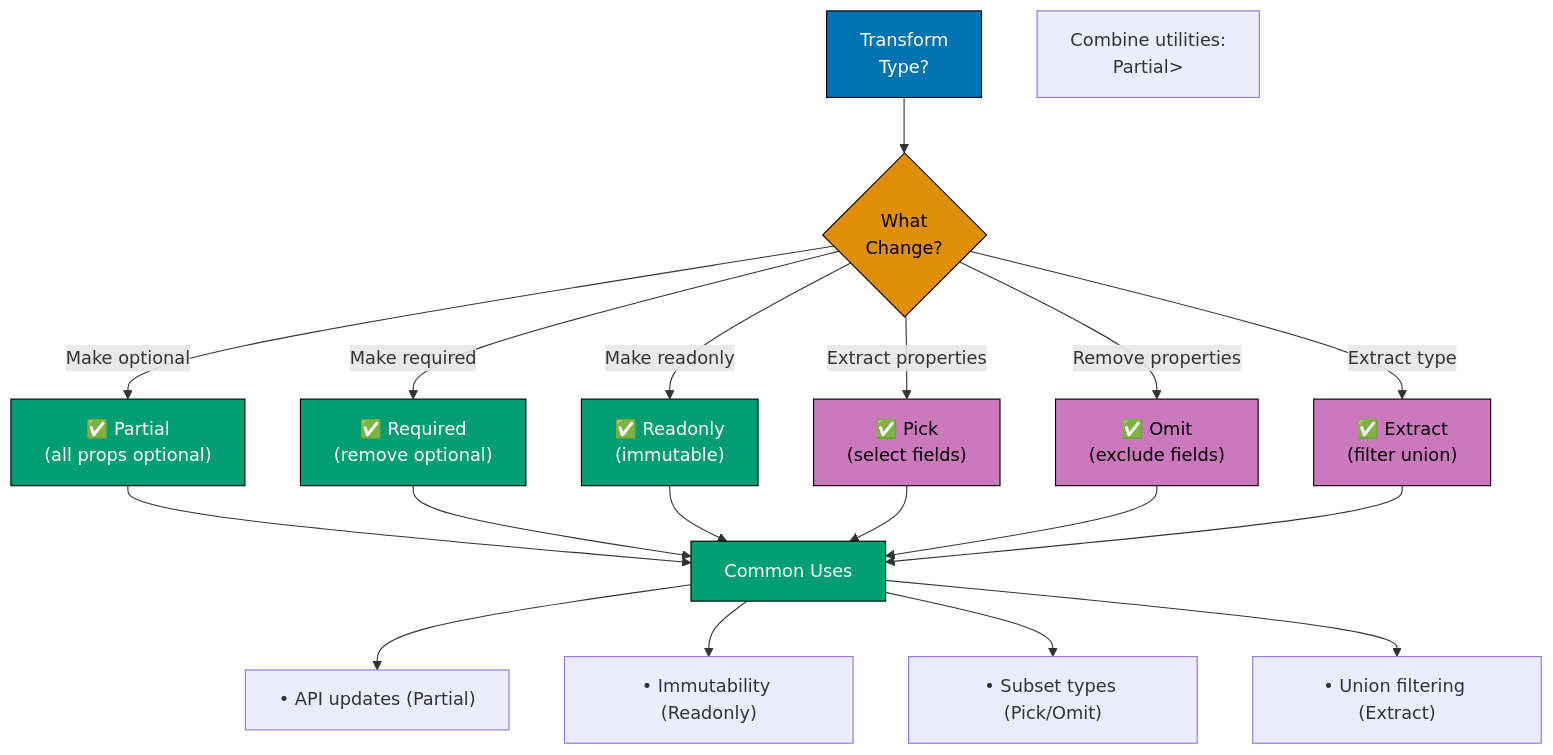
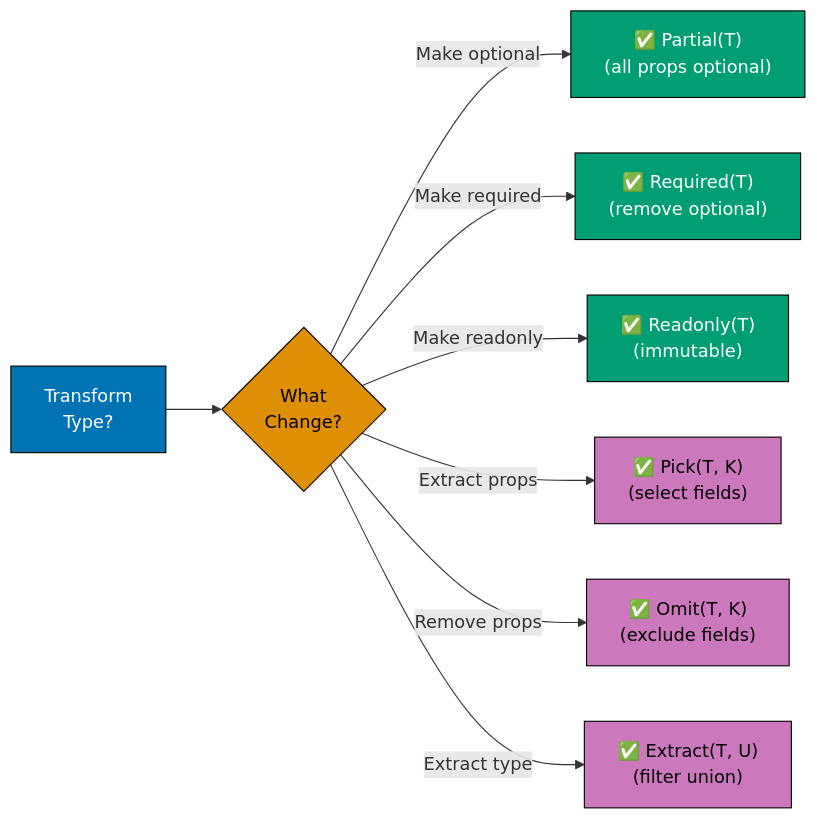
One commit to wahidyankf/ose-primer changed the third of 7 diagrams in docs/explanation/software-engineering/programming-languages/typescript/idioms.md. Above: the diagram before and after it, drawn with Mermaid. The commit also changed other lines of this file and 16 other files, not shown here.

Commit message:
fix(docs): fix mermaid violations in typescript/ docs (batch 1/10)

````diff
--- a/docs/explanation/software-engineering/programming-languages/typescript/idioms.md
+++ b/docs/explanation/software-engineering/programming-languages/typescript/idioms.md
@@ -398,33 +391,19 @@
 ```mermaid
 %% Color Palette: Blue #0173B2, Orange #DE8F05, Teal #029E73, Purple #CC78BC
 %% All colors are color-blind friendly and meet WCAG AA contrast standards
 
-graph TD
+graph LR
     A["Transform<br/>Type?"]:::blue --> B{"What<br/>Change?"}:::orange
 
-    B -->|"Make optional"| C["✅ Partial<T><br/>(all props optional)"]:::teal
-    B -->|"Make required"| D["✅ Required<T><br/>(remove optional)"]:::teal
-    B -->|"Make readonly"| E["✅ Readonly<T><br/>(immutable)"]:::teal
-    B -->|"Extract properties"| F["✅ Pick<T, K><br/>(select fields)"]:::purple
-    B -->|"Remove properties"| G["✅ Omit<T, K><br/>(exclude fields)"]:::purple
-    B -->|"Extract type"| H["✅ Extract<T, U><br/>(filter union)"]:::purple
-
-    C --> I["Common Uses"]:::teal
-    D --> I
-    E --> I
-    F --> I
-    G --> I
-    H --> I
-
-    I --> I1["• API updates (Partial)"]
-    I --> I2["• Immutability (Readonly)"]
-    I --> I3["• Subset types (Pick/Omit)"]
-    I --> I4["• Union filtering (Extract)"]
-
-    Note["Combine utilities:<br/>Partial<Pick<T, K>>"]
+    B -->|"Make optional"| C["✅ Partial(T)<br/>(all props optional)"]:::teal
+    B -->|"Make required"| D["✅ Required(T)<br/>(remove optional)"]:::teal
+    B -->|"Make readonly"| E["✅ Readonly(T)<br/>(immutable)"]:::teal
+    B -->|"Extract props"| F["✅ Pick(T, K)<br/>(select fields)"]:::purple
+    B -->|"Remove props"| G["✅ Omit(T, K)<br/>(exclude fields)"]:::purple
+    B -->|"Extract type"| H["✅ Extract(T, U)<br/>(filter union)"]:::purple
 
     classDef blue fill:#0173B2,stroke:#000,color:#fff
     classDef orange fill:#DE8F05,stroke:#000,color:#000
     classDef teal fill:#029E73,stroke:#000,color:#fff
     classDef purple fill:#CC78BC,stroke:#000,color:#000
 ```
````
